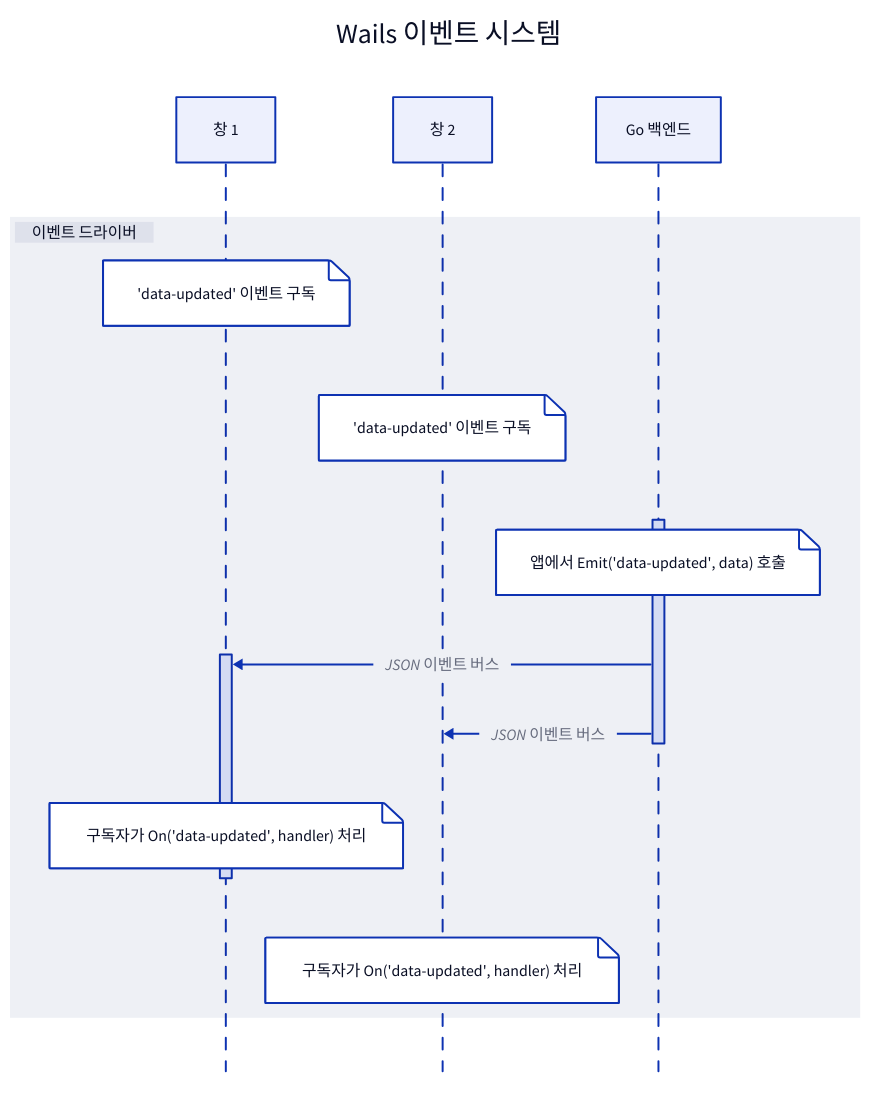
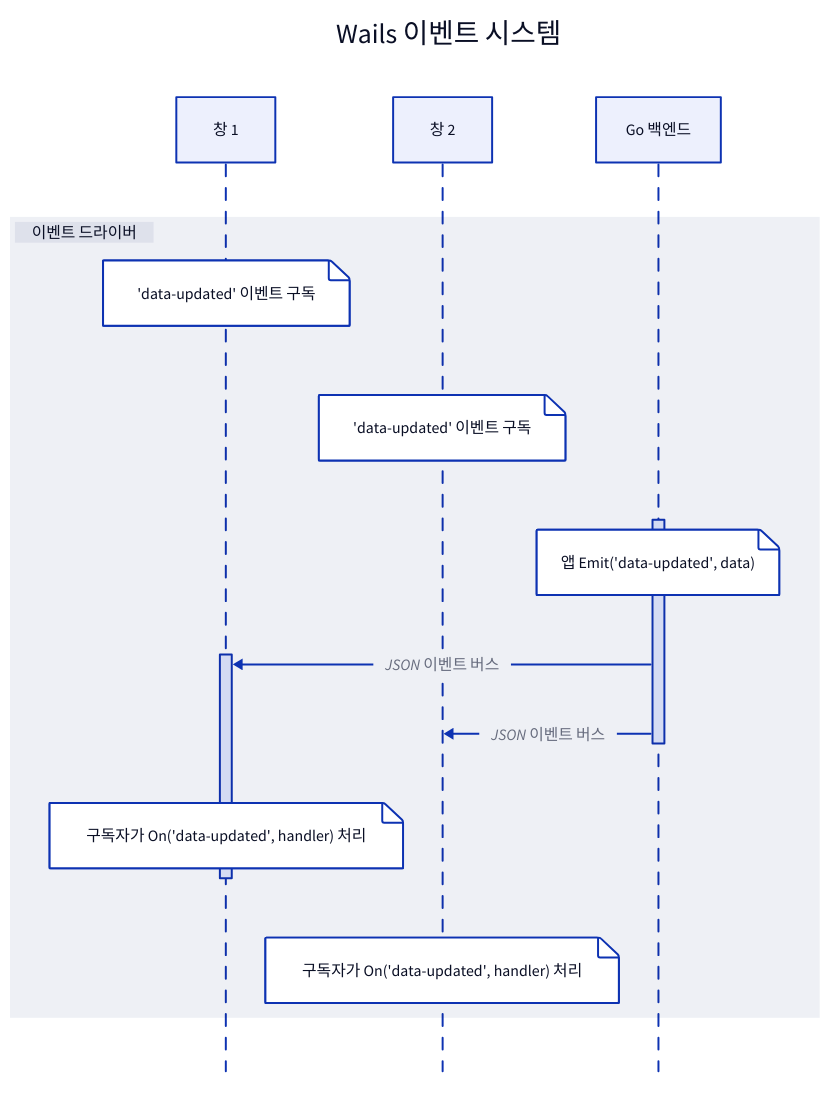
Before and after one commit to wailsapp/wails: the third of 8 diagrams in docs/mpress/content/ko/concepts/architecture.md, drawn with D2. The commit also changed other lines of this file and 1096 other files, not shown here.

````diff
--- a/docs/mpress/content/ko/concepts/architecture.md
+++ b/docs/mpress/content/ko/concepts/architecture.md
@@ -204,24 +204,24 @@
 ```d2
 direction: left
 
 Wails Event System: Wails 이벤트 시스템 {
   shape: sequence_diagram
 
   window1: 창 1
   window2: 창 2
   backend: Go 백엔드
 
   Event Driver: 이벤트 드라이버 {
     shape: sequence_diagram
     window1."Subscribe to 'data-updated' events": "'data-updated' 이벤트 구독"
     window2."Subscribe to 'data-updated' events": "'data-updated' 이벤트 구독"
-    backend.a."App Emit('data-updated', data)": "앱에서 Emit('data-updated', data) 호출"
+    backend.a."App Emit('data-updated', data)": "앱 Emit('data-updated', data)"
     backend.a -> window1.a: JSON 이벤트 버스
     backend.a -> window2: JSON 이벤트 버스
     window1.a."Subscriber processes On('data-updated', handler)": "구독자가 On('data-updated', handler) 처리"
     window2."Subscriber processes On('data-updated', handler)": "구독자가 On('data-updated', handler) 처리"
   }
   backend.a.label: a
   window1.a.label: a
 }
 ```
````
